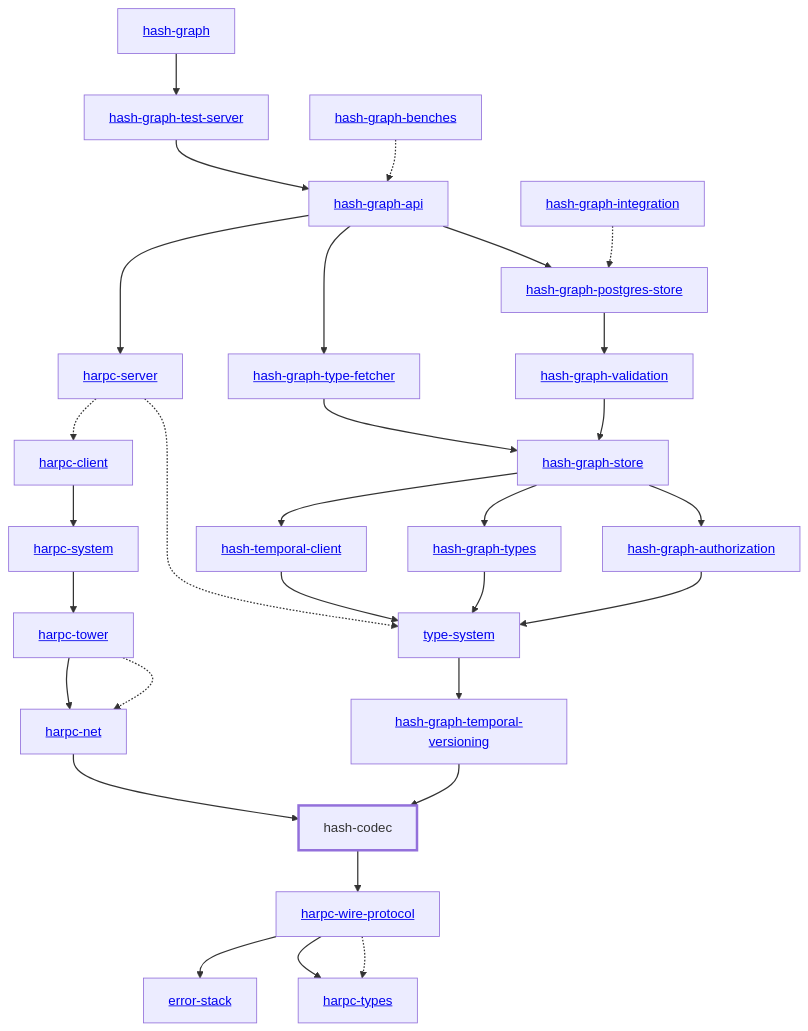
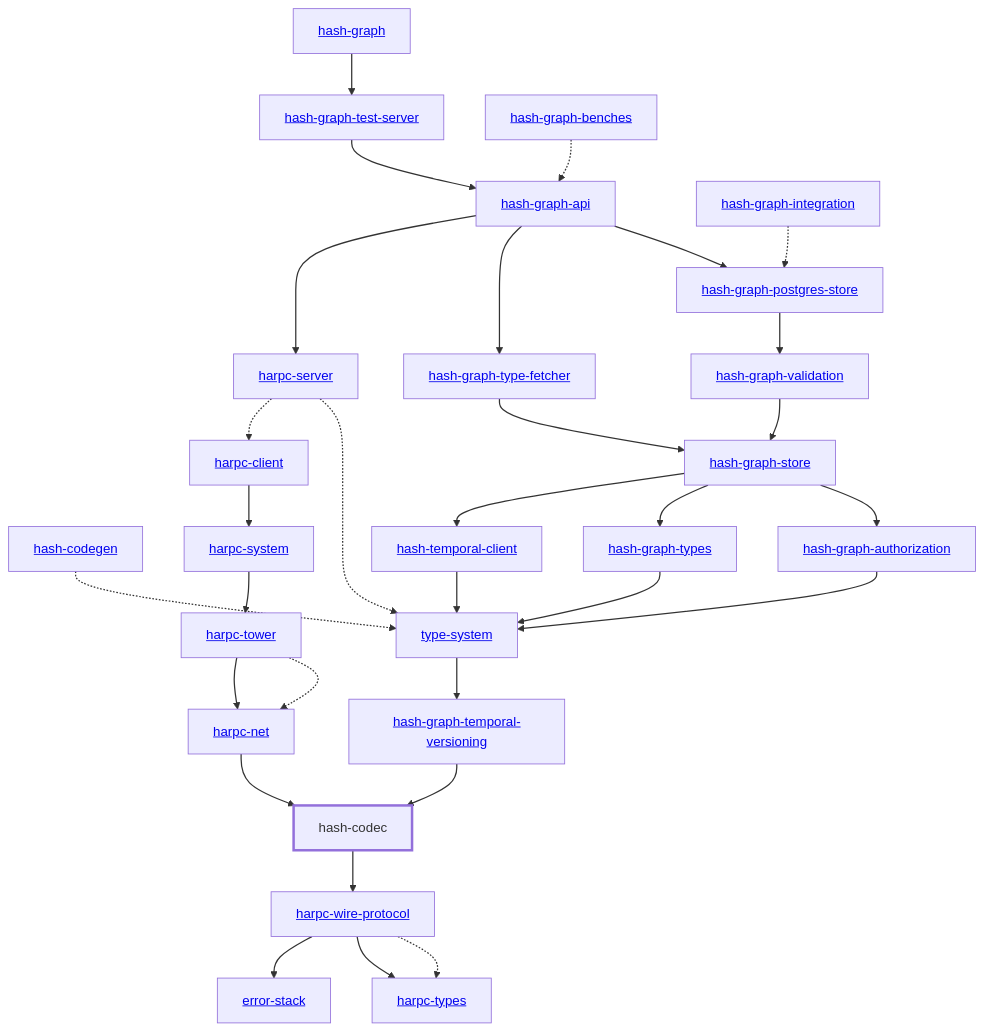
One commit to hashintel/hash changed the diagram in libs/@local/codec/docs/dependency-diagram.mmd. Above: the diagram before and after it, drawn with Mermaid. The commit also changed 6 other files, not shown here.

Commit message:
Fix dep-graph

```diff
--- a/libs/@local/codec/docs/dependency-diagram.mmd
+++ b/libs/@local/codec/docs/dependency-diagram.mmd
@@ -1,63 +1,65 @@
 graph TD
     linkStyle default stroke-width:1.5px
     classDef default stroke-width:1px
     classDef root stroke-width:3px
     classDef dev stroke-width:1px
     classDef build stroke-width:1px
     %% Legend
     %% --> : Normal dependency
     %% -.-> : Dev dependency
     %% ---> : Build dependency
     0[<a href="../hash_graph">hash-graph</a>]
     1[<a href="../type_system">type-system</a>]
     2[hash-codec]
     class 2 root
-    3[<a href="../hash_graph_api">hash-graph-api</a>]
-    4[<a href="../hash_graph_authorization">hash-graph-authorization</a>]
-    5[<a href="../hash_graph_postgres_store">hash-graph-postgres-store</a>]
-    6[<a href="../hash_graph_store">hash-graph-store</a>]
-    7[<a href="../hash_graph_temporal_versioning">hash-graph-temporal-versioning</a>]
-    8[<a href="../hash_graph_test_server">hash-graph-test-server</a>]
-    9[<a href="../hash_graph_type_fetcher">hash-graph-type-fetcher</a>]
-    10[<a href="../hash_graph_types">hash-graph-types</a>]
-    11[<a href="../hash_graph_validation">hash-graph-validation</a>]
-    12[<a href="../harpc_client">harpc-client</a>]
-    13[<a href="../harpc_net">harpc-net</a>]
-    14[<a href="../harpc_server">harpc-server</a>]
-    15[<a href="../harpc_system">harpc-system</a>]
-    16[<a href="../harpc_tower">harpc-tower</a>]
-    17[<a href="../harpc_types">harpc-types</a>]
-    18[<a href="../harpc_wire_protocol">harpc-wire-protocol</a>]
-    19[<a href="../hash_temporal_client">hash-temporal-client</a>]
-    20[<a href="../error_stack">error-stack</a>]
-    21[<a href="../hash_graph_benches">hash-graph-benches</a>]
-    22[<a href="../hash_graph_integration">hash-graph-integration</a>]
-    0 --> 8
-    1 --> 7
-    2 --> 18
-    3 --> 5
-    3 --> 9
-    3 --> 14
-    4 --> 1
-    5 --> 11
-    6 --> 4
-    6 --> 10
-    6 --> 19
-    7 --> 2
-    8 --> 3
-    9 --> 6
-    10 --> 1
-    11 --> 6
-    12 --> 15
-    13 --> 2
-    14 -.-> 1
-    14 -.-> 12
-    15 --> 16
-    16 -.-> 13
-    16 --> 13
-    18 -.-> 17
-    18 --> 17
-    18 --> 20
-    19 --> 1
-    21 -.-> 3
-    22 -.-> 5
+    3[<a href="../hash_codegen">hash-codegen</a>]
+    4[<a href="../hash_graph_api">hash-graph-api</a>]
+    5[<a href="../hash_graph_authorization">hash-graph-authorization</a>]
+    6[<a href="../hash_graph_postgres_store">hash-graph-postgres-store</a>]
+    7[<a href="../hash_graph_store">hash-graph-store</a>]
+    8[<a href="../hash_graph_temporal_versioning">hash-graph-temporal-versioning</a>]
+    9[<a href="../hash_graph_test_server">hash-graph-test-server</a>]
+    10[<a href="../hash_graph_type_fetcher">hash-graph-type-fetcher</a>]
+    11[<a href="../hash_graph_types">hash-graph-types</a>]
+    12[<a href="../hash_graph_validation">hash-graph-validation</a>]
+    13[<a href="../harpc_client">harpc-client</a>]
+    14[<a href="../harpc_net">harpc-net</a>]
+    15[<a href="../harpc_server">harpc-server</a>]
+    16[<a href="../harpc_system">harpc-system</a>]
+    17[<a href="../harpc_tower">harpc-tower</a>]
+    18[<a href="../harpc_types">harpc-types</a>]
+    19[<a href="../harpc_wire_protocol">harpc-wire-protocol</a>]
+    20[<a href="../hash_temporal_client">hash-temporal-client</a>]
+    21[<a href="../error_stack">error-stack</a>]
+    22[<a href="../hash_graph_benches">hash-graph-benches</a>]
+    23[<a href="../hash_graph_integration">hash-graph-integration</a>]
+    0 --> 9
+    1 --> 8
+    2 --> 19
+    3 -.-> 1
+    4 --> 6
+    4 --> 10
+    4 --> 15
+    5 --> 1
+    6 --> 12
+    7 --> 5
+    7 --> 11
+    7 --> 20
+    8 --> 2
+    9 --> 4
+    10 --> 7
+    11 --> 1
+    12 --> 7
+    13 --> 16
+    14 --> 2
+    15 -.-> 1
+    15 -.-> 13
+    16 --> 17
+    17 -.-> 14
+    17 --> 14
+    19 -.-> 18
+    19 --> 18
+    19 --> 21
+    20 --> 1
+    22 -.-> 4
+    23 -.-> 6
```
